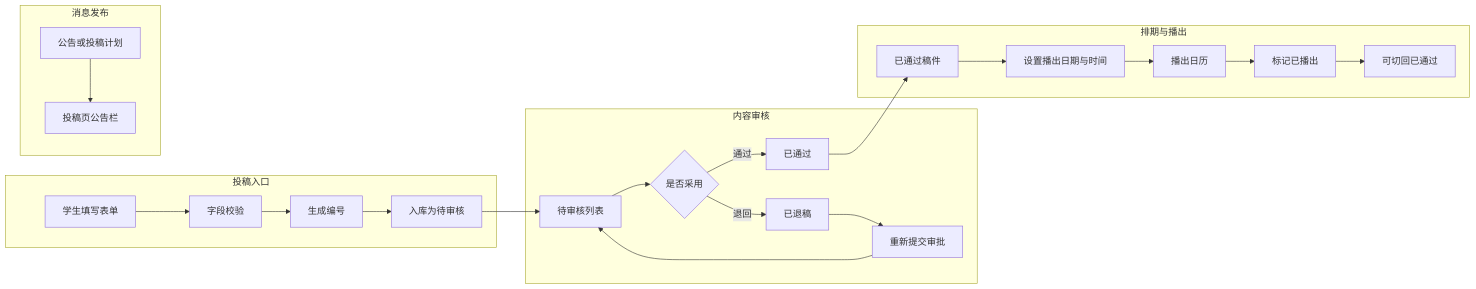
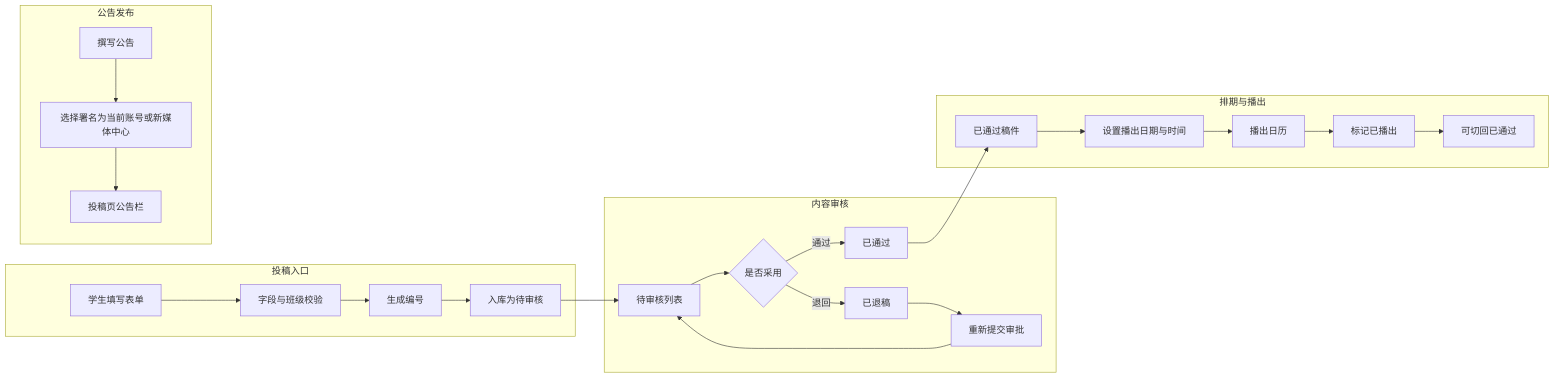
Before and after one commit to xHua0904/cczx-RadioStation: the first of 11 diagrams in README.md, drawn with Mermaid. The commit also changed other lines of this file and 36 other files, not shown here.

````diff
--- a/README.md
+++ b/README.md
@@ -46,25 +48,26 @@
 ```mermaid
 flowchart LR
     subgraph SUB1["投稿入口"]
-        S1["学生填写表单"] --> S2["字段校验"]
+        S1["学生填写表单"] --> S2["字段与班级校验"]
         S2 --> S3["生成编号"]
         S3 --> S4["入库为待审核"]
     end
     subgraph SUB2["内容审核"]
         R1["待审核列表"] --> R2{"是否采用"}
         R2 -->|"通过"| R3["已通过"]
         R2 -->|"退回"| R4["已退稿"]
         R4 --> R5["重新提交审批"] --> R1
     end
     subgraph SUB3["排期与播出"]
         P1["已通过稿件"] --> P2["设置播出日期与时间"]
         P2 --> P3["播出日历"]
         P3 --> P4["标记已播出"]
         P4 --> P5["可切回已通过"]
     end
-    subgraph SUB4["消息发布"]
-        M1["公告或投稿计划"] --> M2["投稿页公告栏"]
+    subgraph SUB4["公告发布"]
+        M1["撰写公告"] --> M2["选择署名为当前账号或新媒体中心"]
+        M2 --> M3["投稿页公告栏"]
     end
     S4 --> R1
     R3 --> P1
 ```
````
